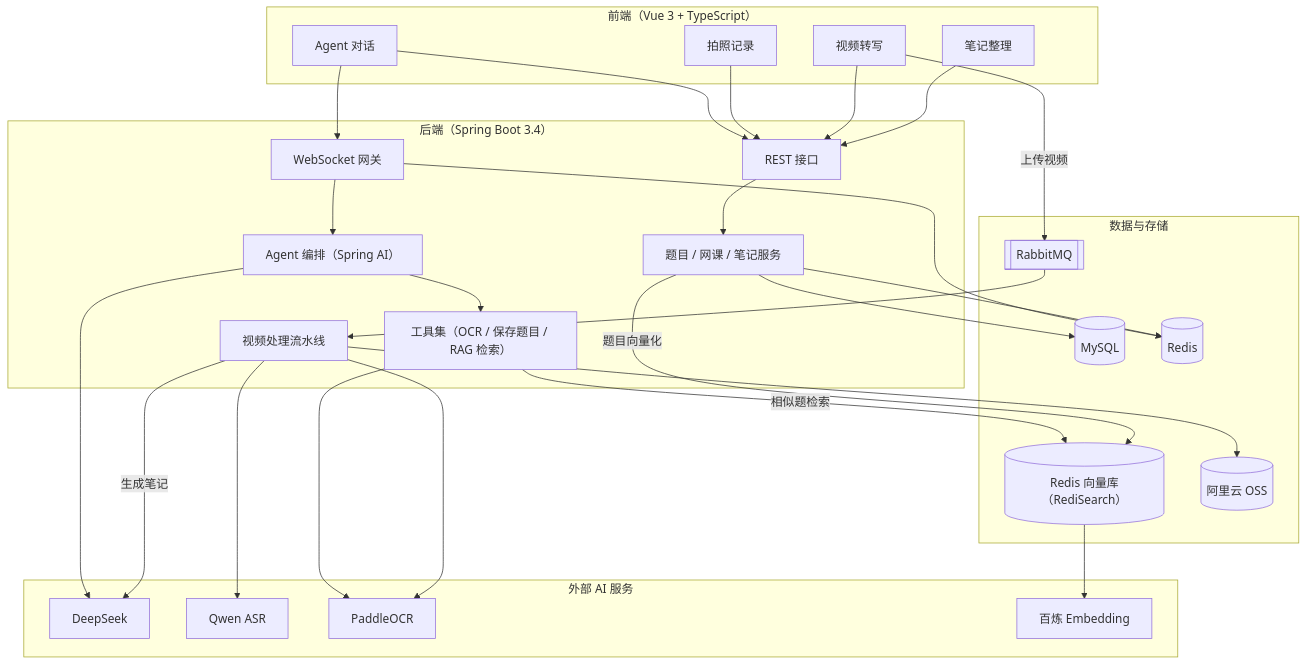
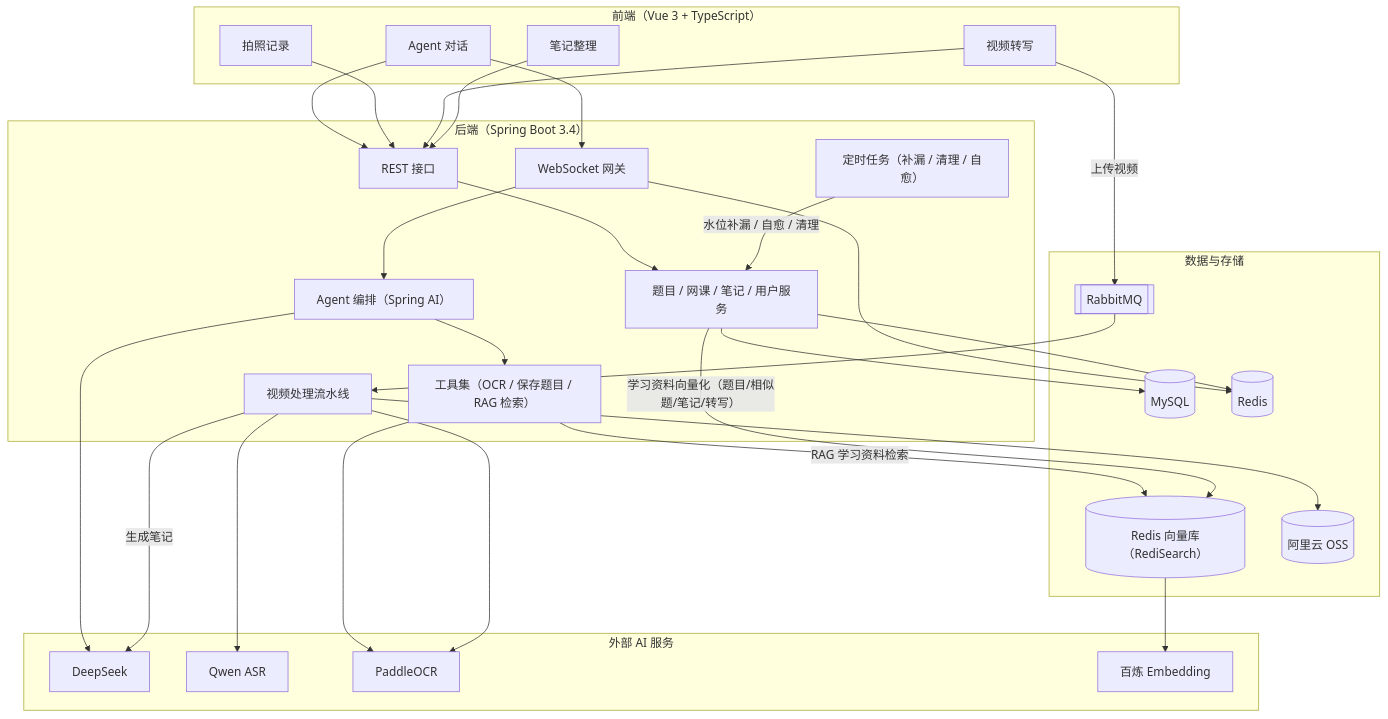
The diagram in README.md (ExtremeNina/LearnTrace-Agent), drawn with Mermaid before and after one commit. The commit also changed other lines of this file and 1 other file, not shown here.

Commit message:
docs: 更新 README 与 agent.md 至 2026-10-03 状态——相似题闭环/个人页面/批量删除/自愈/RAG 扩展入档，坑清单补 RedisVectorStore 与前端令牌规范，热身步骤更新

````diff
--- a/README.md
+++ b/README.md
@@ -62,56 +74,58 @@
 ```mermaid
 flowchart TB
     subgraph web["前端（Vue 3 + TypeScript）"]
         agentUI["Agent 对话"]
         questionUI["拍照记录"]
         courseUI["视频转写"]
         noteUI["笔记整理"]
     end
 
     subgraph server["后端（Spring Boot 3.4）"]
         ws["WebSocket 网关"]
         rest["REST 接口"]
         orchestrator["Agent 编排（Spring AI）"]
         tools["工具集（OCR / 保存题目 / RAG 检索）"]
         pipeline["视频处理流水线"]
-        services["题目 / 网课 / 笔记服务"]
+        services["题目 / 网课 / 笔记 / 用户服务"]
+        tasks["定时任务（补漏 / 清理 / 自愈）"]
     end
 
     subgraph storage["数据与存储"]
         mysql[("MySQL")]
         redis[("Redis")]
         vstore[("Redis 向量库（RediSearch）")]
         mq[["RabbitMQ"]]
         oss[("阿里云 OSS")]
     end
 
     subgraph ai["外部 AI 服务"]
         llm["DeepSeek"]
         asr["Qwen ASR"]
         ocr["PaddleOCR"]
         emb["百炼 Embedding"]
     end
 
     agentUI --> ws
     agentUI --> rest
     questionUI --> rest
     courseUI --> rest
     noteUI --> rest
     courseUI -- 上传视频 --> mq
     ws --> orchestrator
     orchestrator --> llm
     orchestrator --> tools
     tools --> ocr
-    tools -- 相似题检索 --> vstore
+    tools -- RAG 学习资料检索 --> vstore
     vstore --> emb
     ws --> redis
     rest --> services
     services --> mysql
     services --> redis
-    services -- 题目向量化 --> vstore
+    services -- "学习资料向量化（题目/相似题/笔记/转写）" --> vstore
     mq --> pipeline
     pipeline --> asr
     pipeline --> ocr
     pipeline -- 生成笔记 --> llm
     pipeline --> oss
+    tasks -- "水位补漏 / 自愈 / 清理" --> services
 ```
````
